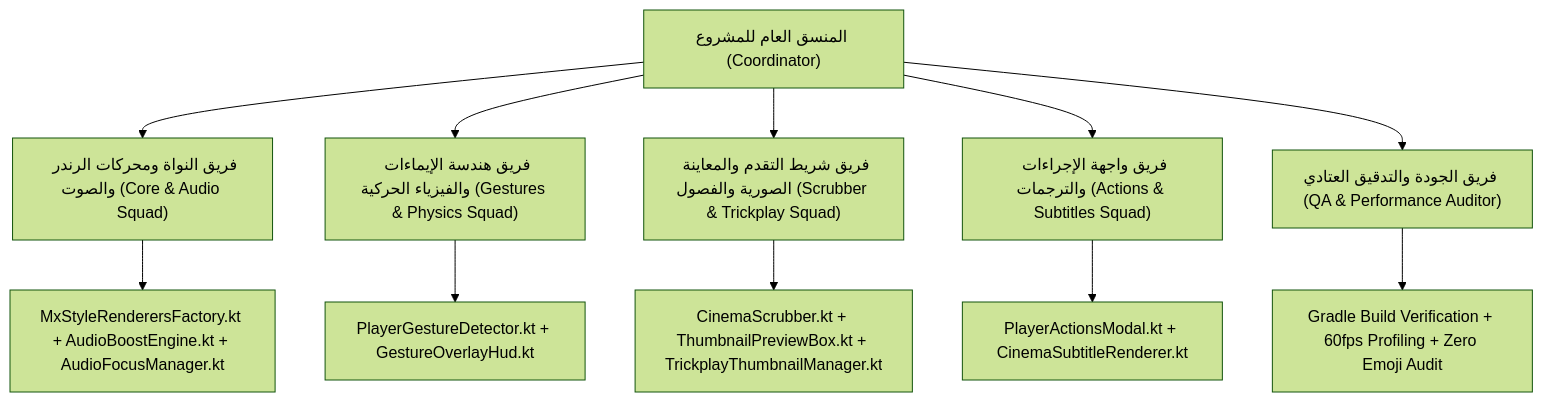
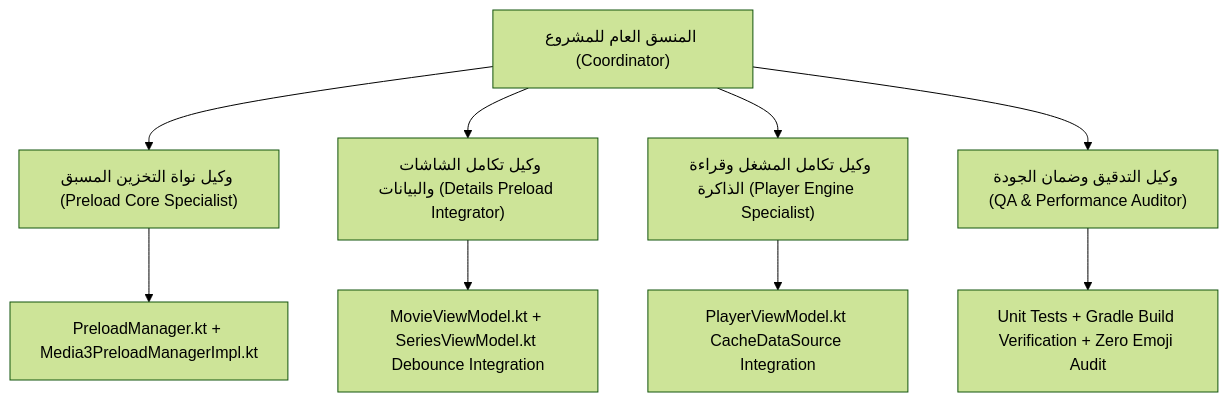
Before and after one commit to 0s-a/mdd-tv: the diagram in tasks/active_task.md, drawn with Mermaid (forest theme). The commit also changed other lines of this file and 8 other files, not shown here.

Commit message:
feat(player): implement sub-50ms speculative pre-buffering engine with Media3 SimpleCache

````diff
--- a/tasks/active_task.md
+++ b/tasks/active_task.md
@@ -13,14 +13,12 @@
 ```mermaid
 flowchart TD
-    Coordinator["المنسق العام للمشروع (Coordinator)"] --> Squad1["فريق النواة ومحركات الرندر والصوت (Core & Audio Squad)"]
-    Coordinator --> Squad2["فريق هندسة الإيماءات والفيزياء الحركية (Gestures & Physics Squad)"]
-    Coordinator --> Squad3["فريق شريط التقدم والمعاينة الصورية والفصول (Scrubber & Trickplay Squad)"]
-    Coordinator --> Squad4["فريق واجهة الإجراءات والترجمات (Actions & Subtitles Squad)"]
-    Coordinator --> Squad5["فريق الجودة والتدقيق العتادي (QA & Performance Auditor)"]
+    Coordinator["المنسق العام للمشروع (Coordinator)"] --> Worker1["وكيل نواة التخزين المسبق (Preload Core Specialist)"]
+    Coordinator --> Worker2["وكيل تكامل الشاشات والبيانات (Details Preload Integrator)"]
+    Coordinator --> Worker3["وكيل تكامل المشغل وقراءة الذاكرة (Player Engine Specialist)"]
+    Coordinator --> Worker4["وكيل التدقيق وضمان الجودة (QA & Performance Auditor)"]
 
-    Squad1 --> F1["MxStyleRenderersFactory.kt + AudioBoostEngine.kt + AudioFocusManager.kt"]
-    Squad2 --> F2["PlayerGestureDetector.kt + GestureOverlayHud.kt"]
-    Squad3 --> F3["CinemaScrubber.kt + ThumbnailPreviewBox.kt + TrickplayThumbnailManager.kt"]
-    Squad4 --> F4["PlayerActionsModal.kt + CinemaSubtitleRenderer.kt"]
-    Squad5 --> F5["Gradle Build Verification + 60fps Profiling + Zero Emoji Audit"]
+    Worker1 --> F1["PreloadManager.kt + Media3PreloadManagerImpl.kt"]
+    Worker2 --> F2["MovieViewModel.kt + SeriesViewModel.kt Debounce Integration"]
+    Worker3 --> F3["PlayerViewModel.kt CacheDataSource Integration"]
+    Worker4 --> F4["Unit Tests + Gradle Build Verification + Zero Emoji Audit"]
 ```
````
